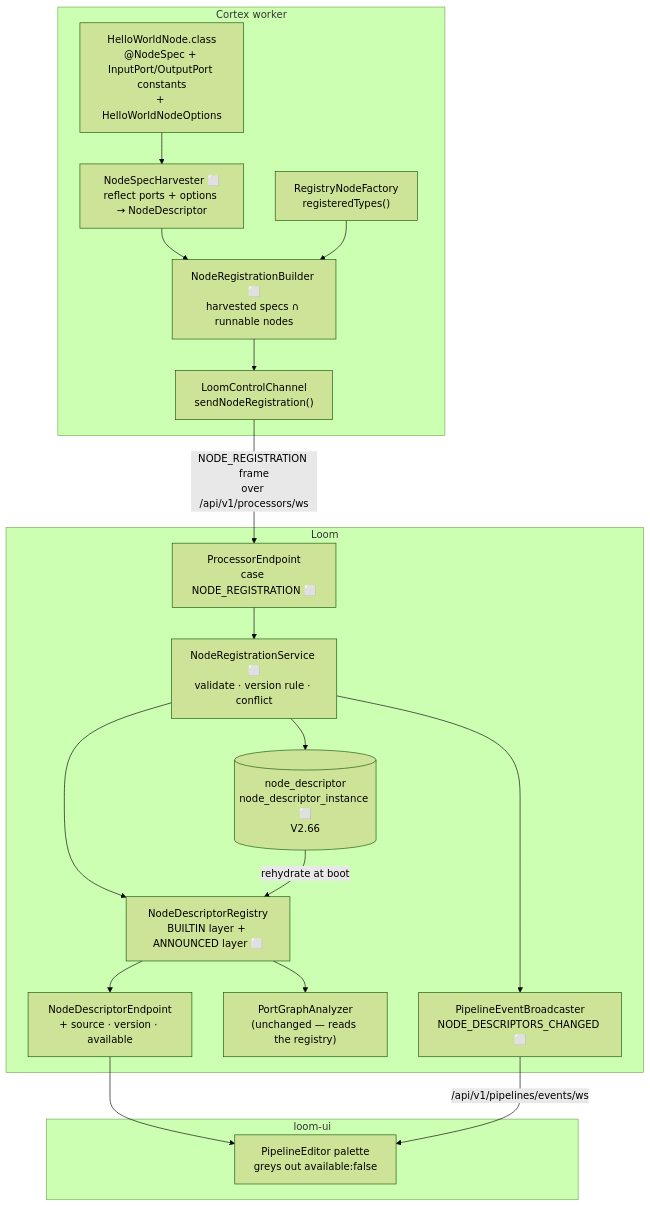
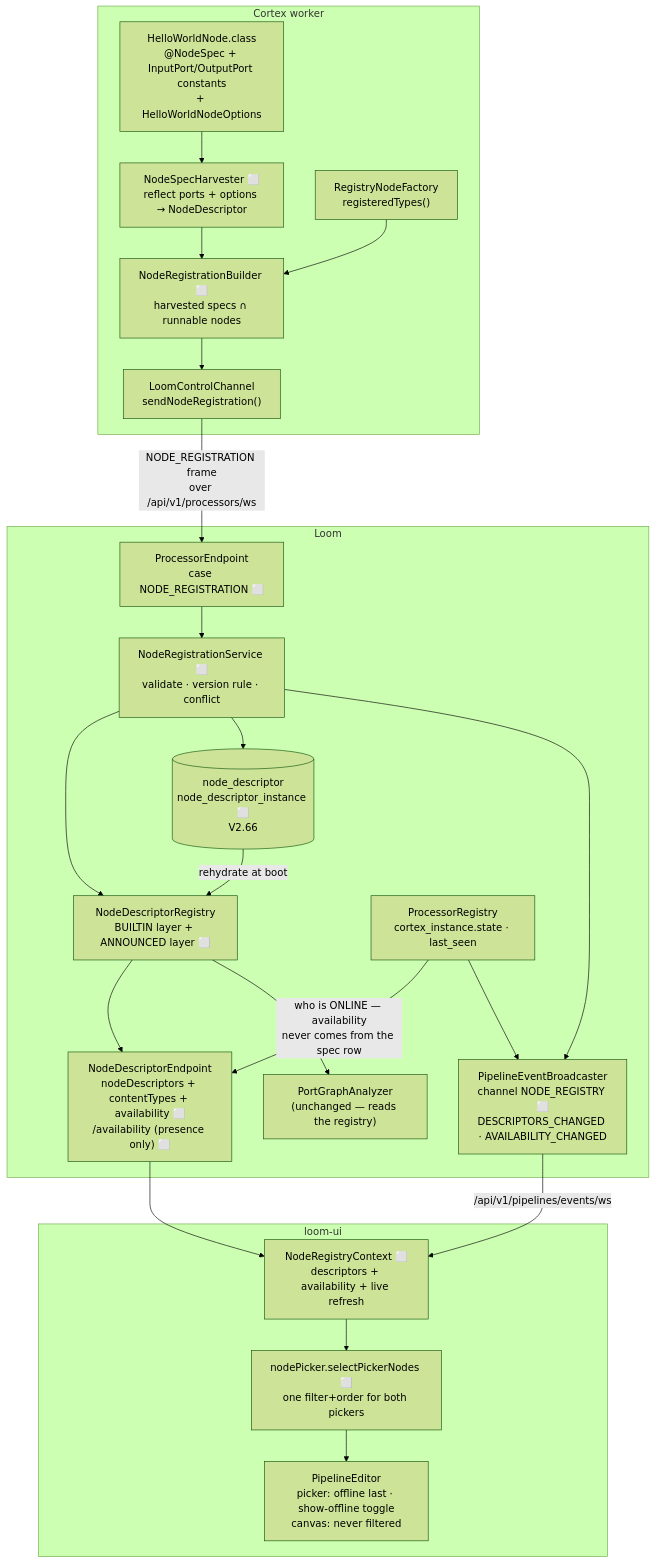
The first of 2 diagrams in spec/plans/NODE_REGISTRATION_PLAN.md (metaloom/metaloom), drawn with Mermaid (forest theme) before and after one commit. The commit also changed other lines of this file and 350 other files, not shown here.

Commit message:
Add big pipeline node schema refactor,  add python client, Add initial work in image manipulation node

````diff
--- a/spec/plans/NODE_REGISTRATION_PLAN.md
+++ b/spec/plans/NODE_REGISTRATION_PLAN.md
@@ -55,37 +61,43 @@
 ```mermaid
 graph TB
     subgraph CX["Cortex worker"]
         NC["HelloWorldNode.class<br/>@NodeSpec + InputPort/OutputPort constants<br/>+ HelloWorldNodeOptions"]
         HARV["NodeSpecHarvester ⬜<br/>reflect ports + options → NodeDescriptor"]
         RF["RegistryNodeFactory<br/>registeredTypes()"]
         NRB["NodeRegistrationBuilder ⬜<br/>harvested specs ∩ runnable nodes"]
         LCC["LoomControlChannel<br/>sendNodeRegistration()"]
         NC --> HARV --> NRB
         RF --> NRB
         NRB --> LCC
     end
 
     subgraph LOOM["Loom"]
         PE["ProcessorEndpoint<br/>case NODE_REGISTRATION ⬜"]
         NRS["NodeRegistrationService ⬜<br/>validate · version rule · conflict"]
         NDR["NodeDescriptorRegistry<br/>BUILTIN layer + ANNOUNCED layer ⬜"]
         DAO[("node_descriptor<br/>node_descriptor_instance ⬜<br/>V2.66")]
-        EP["NodeDescriptorEndpoint<br/>+ source · version · available"]
-        BC["PipelineEventBroadcaster<br/>NODE_DESCRIPTORS_CHANGED ⬜"]
+        EP["NodeDescriptorEndpoint<br/>nodeDescriptors + contentTypes + availability ⬜<br/>/availability (presence only) ⬜"]
+        PR["ProcessorRegistry<br/>cortex_instance.state · last_seen"]
+        BC["PipelineEventBroadcaster<br/>channel NODE_REGISTRY ⬜<br/>DESCRIPTORS_CHANGED · AVAILABILITY_CHANGED"]
         PGA["PortGraphAnalyzer<br/>(unchanged — reads the registry)"]
         PE --> NRS --> NDR
         NRS --> DAO
         DAO -->|"rehydrate at boot"| NDR
         NDR --> EP
         NDR --> PGA
         NRS --> BC
+        PR -->|"who is ONLINE — availability<br/>never comes from the spec row"| EP
+        PR --> BC
     end
 
     subgraph UI["loom-ui"]
-        PAL["PipelineEditor palette<br/>greys out available:false"]
-        EP --> PAL
-        BC -->|"/api/v1/pipelines/events/ws"| PAL
+        NRC["NodeRegistryContext ⬜<br/>descriptors + availability + live refresh"]
+        SEL["nodePicker.selectPickerNodes ⬜<br/>one filter+order for both pickers"]
+        PAL["PipelineEditor<br/>picker: offline last · show-offline toggle<br/>canvas: never filtered"]
+        EP --> NRC
+        BC -->|"/api/v1/pipelines/events/ws"| NRC
+        NRC --> SEL --> PAL
     end
 
     LCC -->|"NODE_REGISTRATION frame<br/>over /api/v1/processors/ws"| PE
 ```
````
